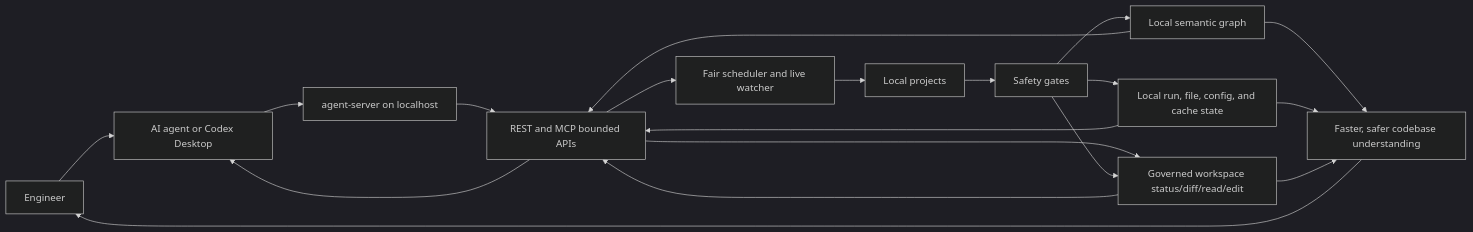
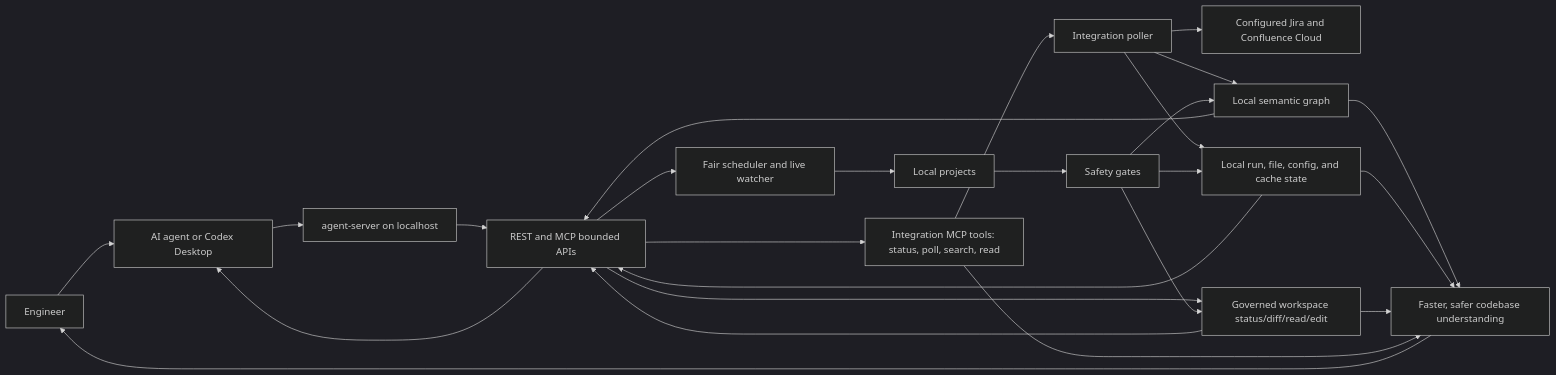
The second of 4 diagrams in README.md (MiviaLabs/go-mivia), drawn with Mermaid (dark theme) before and after one commit. The commit also changed other lines of this file and 8 other files, not shown here.

Commit message:
docs(integration): document integration mcp tools

````diff
--- a/README.md
+++ b/README.md
@@ -96,33 +102,42 @@
 ```mermaid
 flowchart LR
   Engineer["Engineer"]
   Agent["AI agent or Codex Desktop"]
   Server["agent-server on localhost"]
   Projects["Local projects"]
+  Atlassian["Configured Jira and Confluence Cloud"]
   Scheduler["Fair scheduler and live watcher"]
+  Poller["Integration poller"]
   Safety["Safety gates"]
   Graph["Local semantic graph"]
   SQLite["Local run, file, config, and cache state"]
   APIs["REST and MCP bounded APIs"]
   Workspace["Governed workspace status/diff/read/edit"]
+  IntegrationTools["Integration MCP tools: status, poll, search, read"]
 
   Engineer --> Agent
   Agent --> Server
   Server --> APIs
   APIs --> Workspace
+  APIs --> IntegrationTools
   APIs --> Scheduler
   Scheduler --> Projects
   Projects --> Safety
+  IntegrationTools --> Poller
+  Poller --> Atlassian
+  Poller --> Graph
+  Poller --> SQLite
   Safety --> Workspace
   Safety --> Graph
   Safety --> SQLite
   Graph --> APIs
   SQLite --> APIs
   Workspace --> APIs
   APIs --> Agent
 
   Graph --> Value["Faster, safer codebase understanding"]
   SQLite --> Value
   Workspace --> Value
+  IntegrationTools --> Value
   Value --> Engineer
 ```
````
